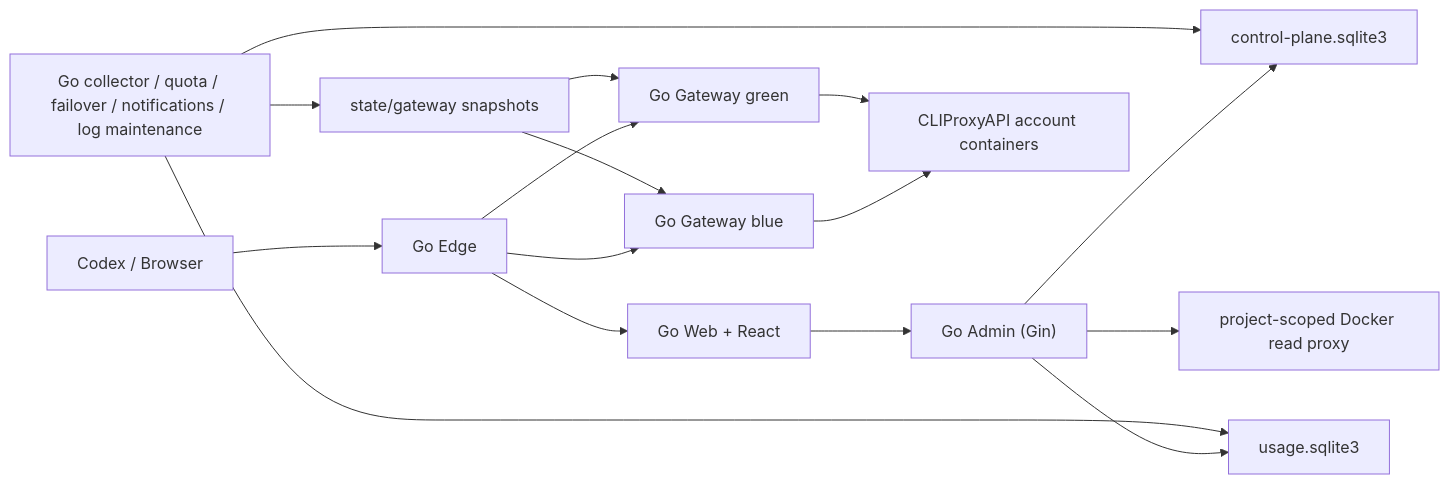
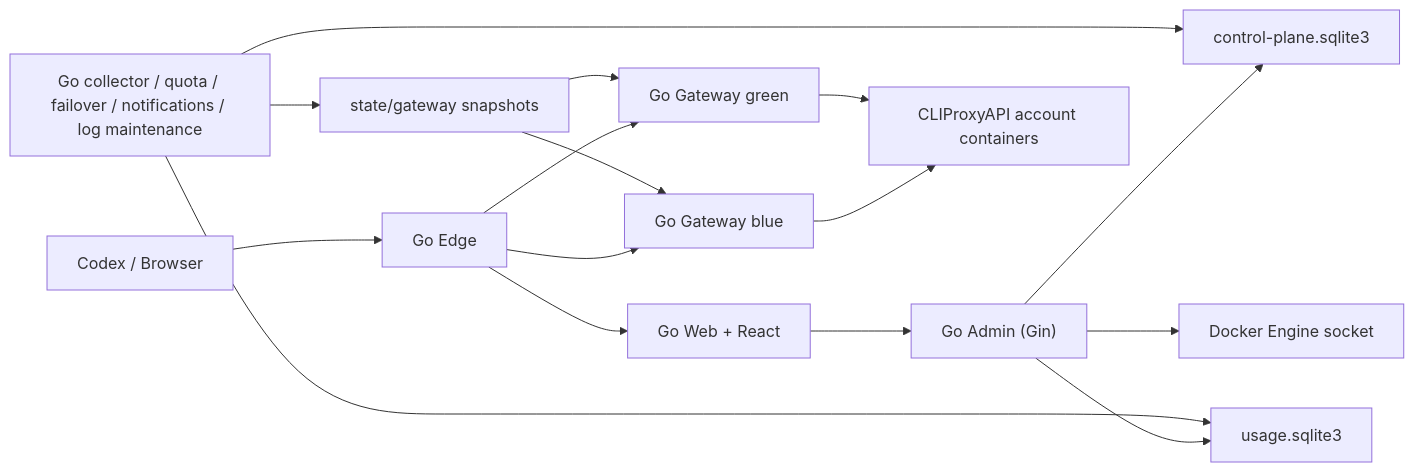
One commit to Alfonsxh/codex-cpa-cluster changed the first of 2 diagrams in docs/architecture.md. Above: the diagram before and after it, drawn with Mermaid. The commit also changed other lines of this file and 67 other files, not shown here.

````diff
--- a/docs/architecture.md
+++ b/docs/architecture.md
@@ -16,18 +16,18 @@
 ```mermaid
 flowchart LR
   Client["Codex / Browser"] --> Edge["Go Edge"]
   Edge --> Web["Go Web + React"]
   Edge --> Blue["Go Gateway blue"]
   Edge --> Green["Go Gateway green"]
   Web --> Admin["Go Admin (Gin)"]
   Admin --> ControlDB["control-plane.sqlite3"]
   Admin --> UsageDB["usage.sqlite3"]
-  Admin --> DockerProxy["project-scoped Docker read proxy"]
+  Admin --> Docker["Docker Engine socket"]
   Blue --> CPA["CLIProxyAPI account containers"]
   Green --> CPA
   Workers["Go collector / quota / failover / notifications / log maintenance"] --> ControlDB
   Workers --> UsageDB
   Workers --> Snapshots["state/gateway snapshots"]
   Snapshots --> Blue
   Snapshots --> Green
 ```
````
